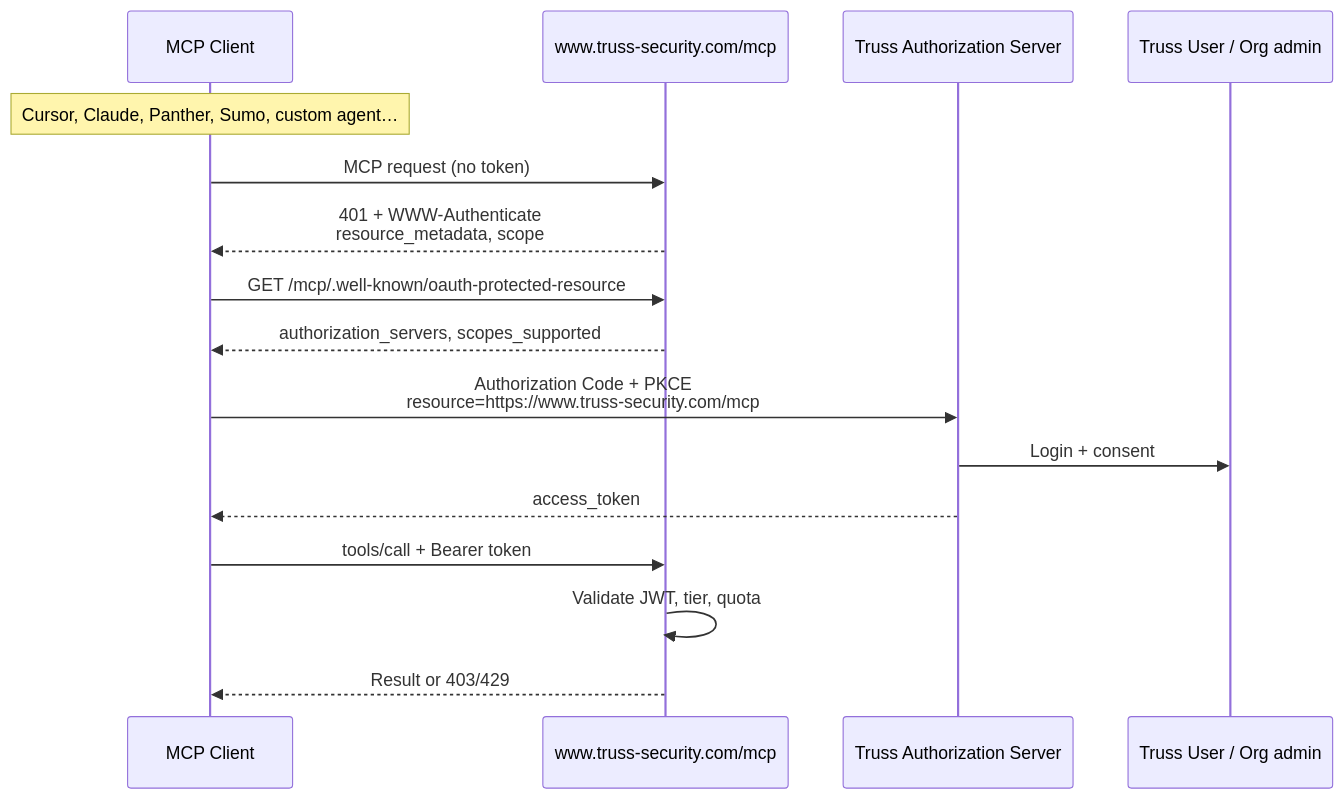
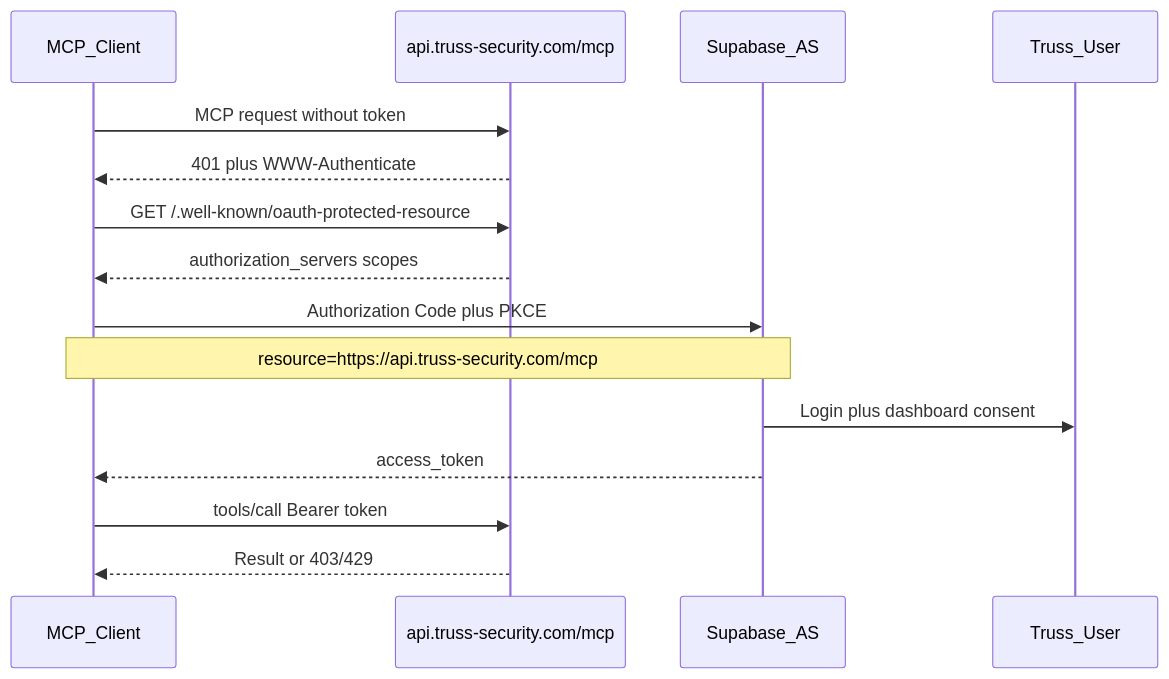
One commit to truss-security/truss-agent-mcp changed the second of 2 diagrams in docs/05-hosted-mcp-oauth-architecture.md. Above: the diagram before and after it, drawn with Mermaid. The commit also changed other lines of this file and 31 other files, not shown here.

First line of the commit message:
Align package with hosted OAuth MCP as the primary Cursor/Claude path.

````diff
--- a/docs/05-hosted-mcp-oauth-architecture.md
+++ b/docs/05-hosted-mcp-oauth-architecture.md
@@ -95,19 +87,18 @@
 ```mermaid
 sequenceDiagram
-  participant Client as MCP Client
-  participant MCP as www.truss-security.com/mcp
-  participant AS as Truss Authorization Server
-  participant User as Truss User / Org admin
+  participant Client as MCP_Client
+  participant MCP as api.truss-security.com/mcp
+  participant AS as Supabase_AS
+  participant User as Truss_User
 
-  Note over Client: Cursor, Claude, Panther, Sumo, custom agent…
-  Client->>MCP: MCP request (no token)
-  MCP-->>Client: 401 + WWW-Authenticate<br/>resource_metadata, scope
-  Client->>MCP: GET /mcp/.well-known/oauth-protected-resource
-  MCP-->>Client: authorization_servers, scopes_supported
-  Client->>AS: Authorization Code + PKCE<br/>resource=https://www.truss-security.com/mcp
-  AS->>User: Login + consent
+  Client->>MCP: MCP request without token
+  MCP-->>Client: 401 plus WWW-Authenticate
+  Client->>MCP: GET /.well-known/oauth-protected-resource
+  MCP-->>Client: authorization_servers scopes
+  Client->>AS: Authorization Code plus PKCE
+  Note over Client,AS: resource=https://api.truss-security.com/mcp
+  AS->>User: Login plus dashboard consent
   AS-->>Client: access_token
-  Client->>MCP: tools/call + Bearer token
-  MCP->>MCP: Validate JWT, tier, quota
+  Client->>MCP: tools/call Bearer token
   MCP-->>Client: Result or 403/429
 ```
````
